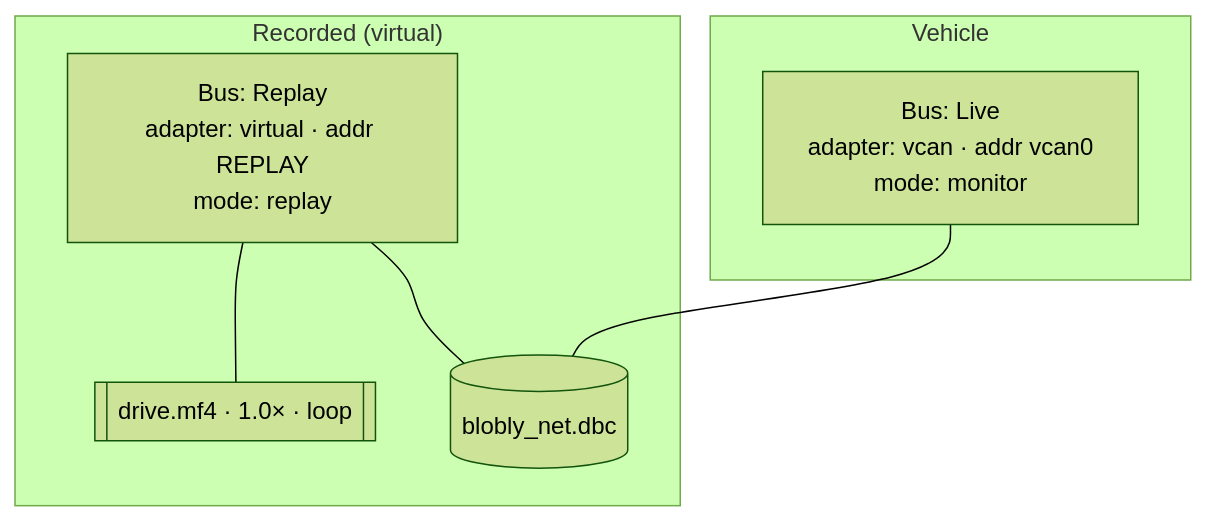
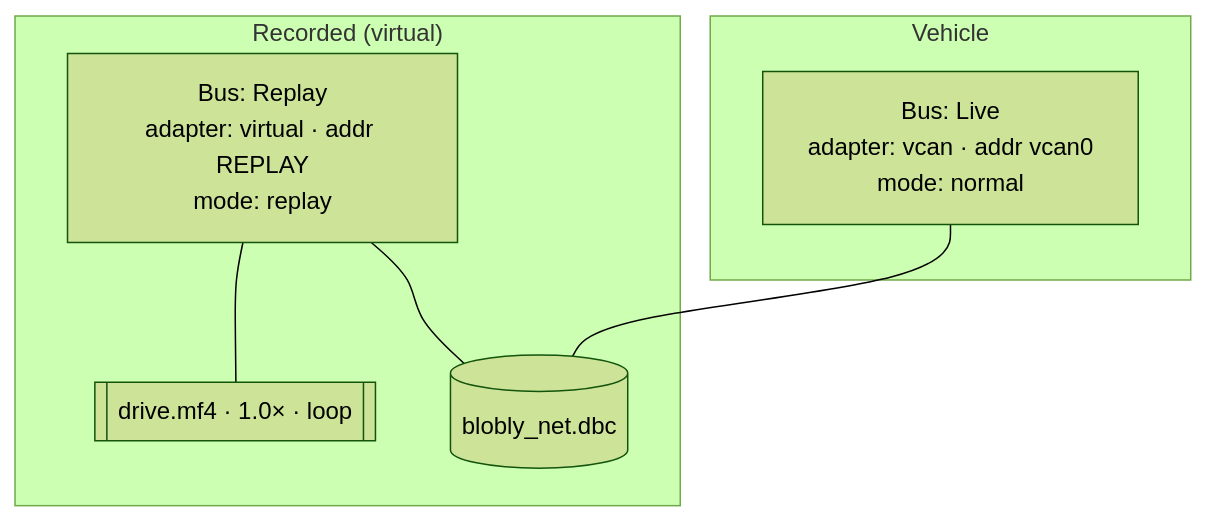
One commit to MartenH/blobly_net changed the fifth of 7 diagrams in docs/project_editing.md. Above: the diagram before and after it, drawn with Mermaid (forest theme). The commit also changed other lines of this file and 17 other files, not shown here.

First line of the commit message:
Normal is the default: listen-only is a tick, off is the row tick, monitor is normal, and the Log follows (#253)

````diff
--- a/docs/project_editing.md
+++ b/docs/project_editing.md
@@ -179,14 +179,14 @@
 ```mermaid
 flowchart TD
   subgraph LOG["Recorded (virtual)"]
     B1["Bus: Replay<br/>adapter: virtual · addr REPLAY<br/>mode: replay"]
     R[["drive.mf4 · 1.0× · loop"]]
     D1[("blobly_net.dbc")]
     B1 --- R
     B1 --- D1
   end
   subgraph LIVE["Vehicle"]
-    B2["Bus: Live<br/>adapter: vcan · addr vcan0<br/>mode: monitor"]
+    B2["Bus: Live<br/>adapter: vcan · addr vcan0<br/>mode: normal"]
     B2 --- D1
   end
 ```
````
